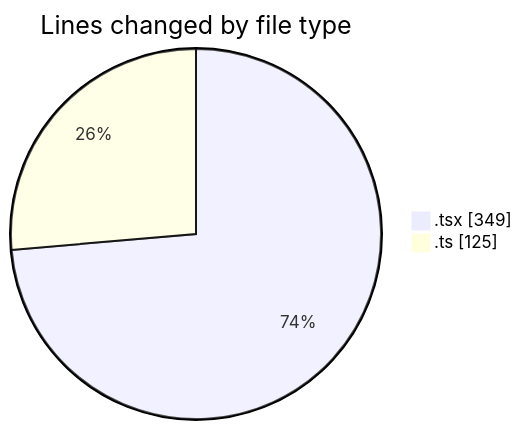
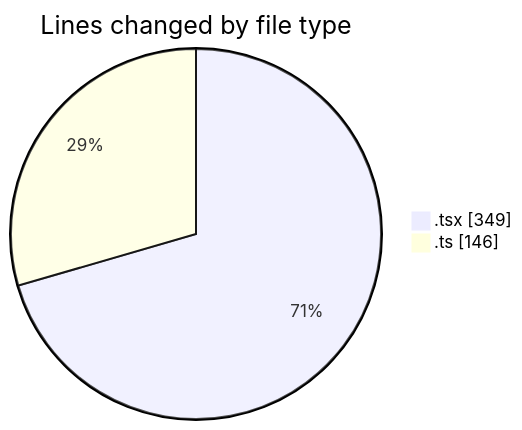
The first of 2 diagrams in 2025-05-20/mbc-web/README.md (robertbonfada/code-tracking), drawn with Mermaid before and after one commit. The commit also changed other lines of this file and 1 other file, not shown here.

````diff
--- a/2025-05-20/mbc-web/README.md
+++ b/2025-05-20/mbc-web/README.md
@@ -22,6 +23,6 @@
 ```mermaid
 pie showData
 title Lines changed by file type
 ".tsx" : 349
-".ts" : 125
+".ts" : 146
 ```
````
